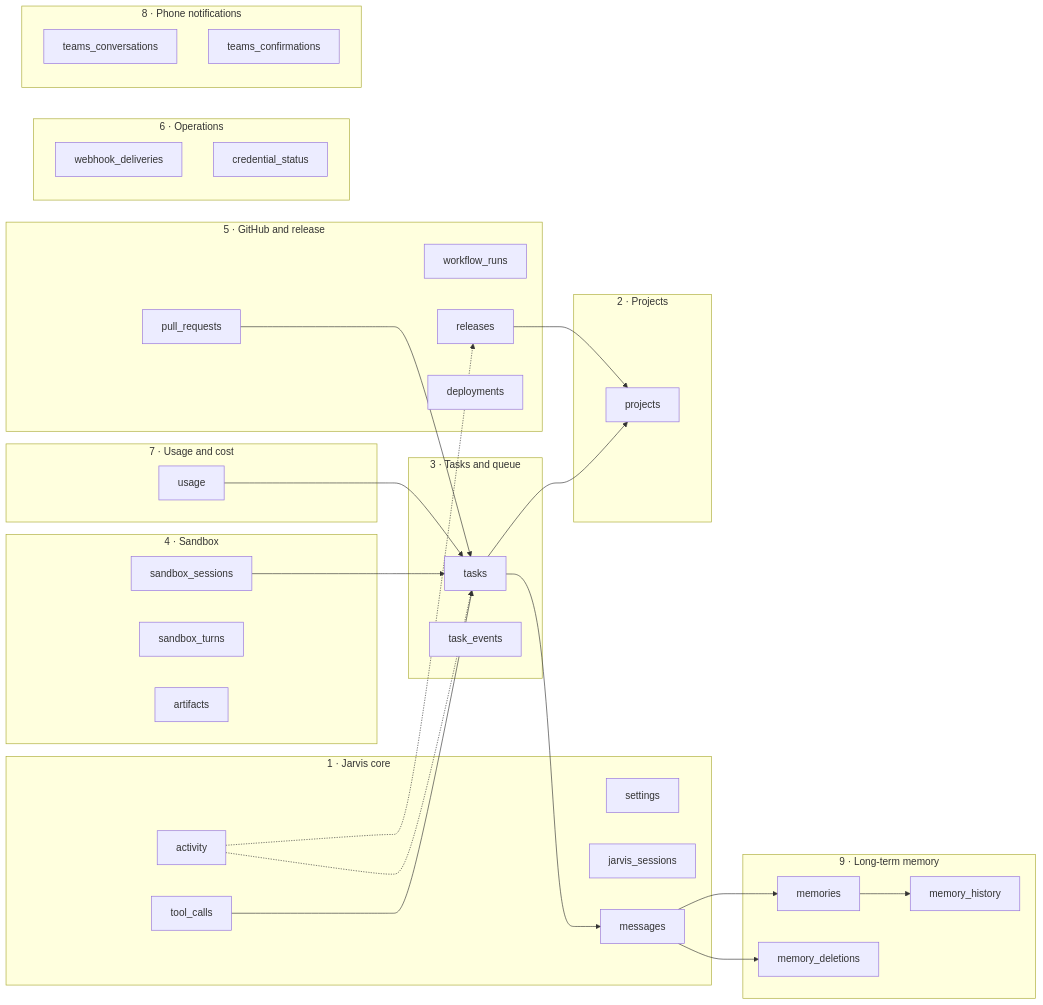
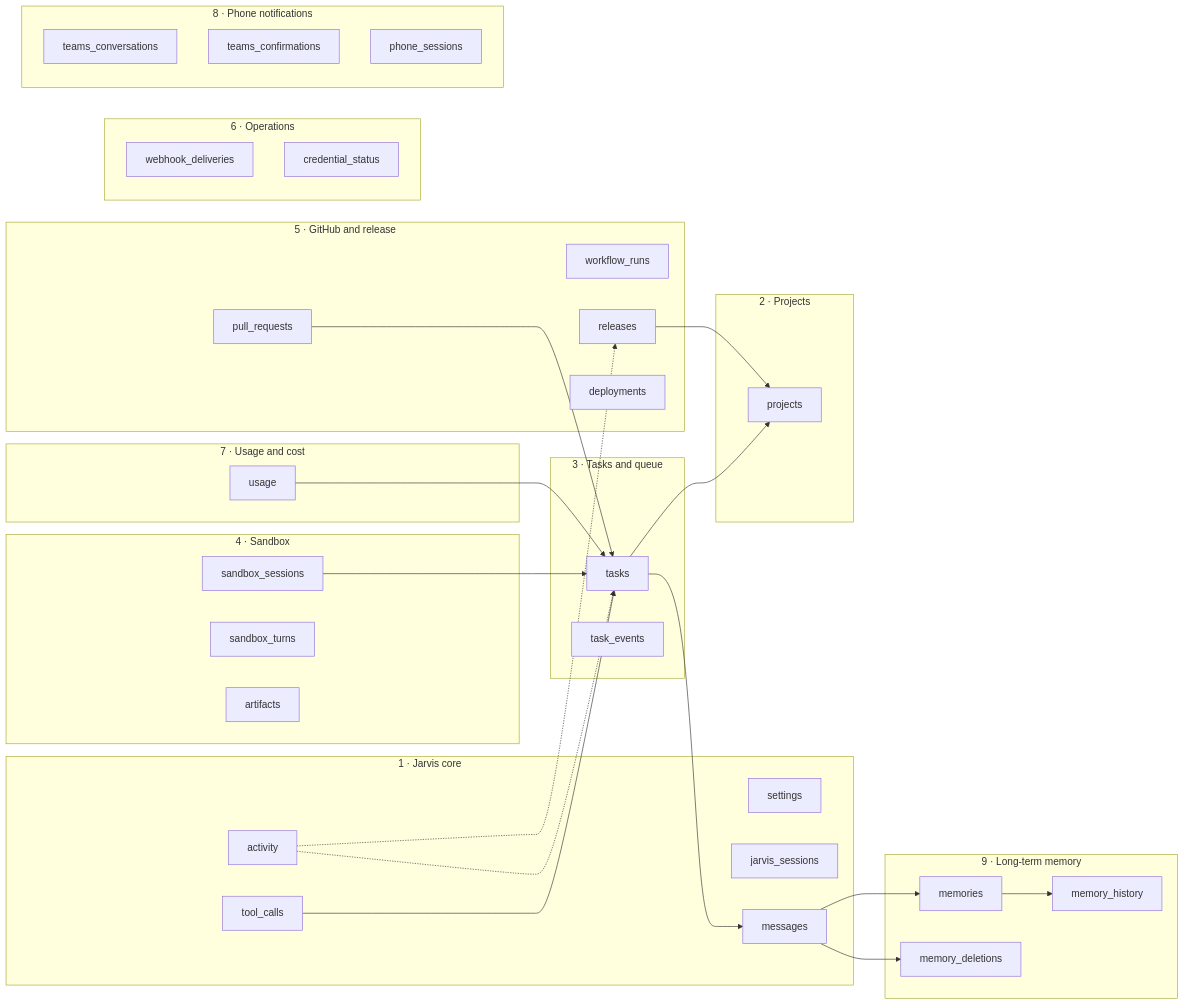
The first of 9 diagrams in docs/data-model.md (DanAakesen/jarvis), drawn with Mermaid before and after one commit. The commit also changed other lines of this file and 16 other files, not shown here.

````diff
--- a/docs/data-model.md
+++ b/docs/data-model.md
@@ -54,56 +59,57 @@
 ```mermaid
 flowchart LR
     subgraph CORE["1 · Jarvis core"]
         settings
         jarvis_sessions
         messages
         tool_calls
         activity
     end
     subgraph PROJ["2 · Projects"]
         projects
     end
     subgraph TASK["3 · Tasks and queue"]
         tasks
         task_events
     end
     subgraph SANDBOX["4 · Sandbox"]
         sandbox_sessions
         sandbox_turns
         artifacts
     end
     subgraph REL["5 · GitHub and release"]
         pull_requests
         workflow_runs
         releases
         deployments
     end
     subgraph USE["7 · Usage and cost"]
         usage
     end
     subgraph MEMORY["9 · Long-term memory"]
         memories
         memory_history
         memory_deletions
     end
     subgraph OPS["6 · Operations"]
         webhook_deliveries
         credential_status
     end
     subgraph PHONE["8 · Phone notifications"]
         teams_conversations
         teams_confirmations
+        phone_sessions
     end
     tool_calls --> tasks
     tasks --> projects
     sandbox_sessions --> tasks
     pull_requests --> tasks
     releases --> projects
     activity -.-> tasks
     activity -.-> releases
     usage --> tasks
     tasks --> messages
     messages --> memories
     memories --> memory_history
     messages --> memory_deletions
 ```
````
